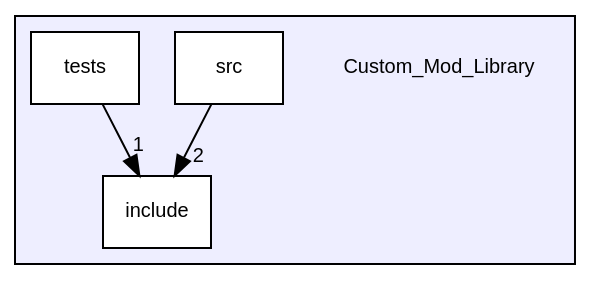
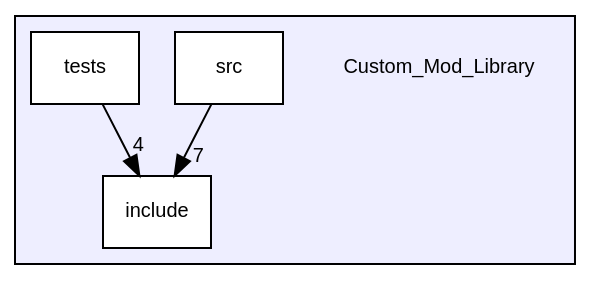
One commit to ejagombar/2021_Group_3 changed the diagram in dir_3d791e5d7456dbf61f6d7b678dfd72f4_dep.dot. Above: the diagram before and after it, drawn with Graphviz. The commit also changed 56 other files, not shown here.

```diff
--- a/dir_3d791e5d7456dbf61f6d7b678dfd72f4_dep.dot
+++ b/dir_3d791e5d7456dbf61f6d7b678dfd72f4_dep.dot
@@ -1,15 +1,15 @@
 digraph "/home/runner/work/2021_Group_3/2021_Group_3/Custom_Mod_Library" {
   bgcolor=transparent;
   compound=true
   node [ fontsize="10", fontname="Helvetica"];
   edge [ labelfontsize="10", labelfontname="Helvetica"];
   subgraph clusterdir_3d791e5d7456dbf61f6d7b678dfd72f4 {
     graph [ bgcolor="#eeeeff", pencolor="black", label="" URL="dir_3d791e5d7456dbf61f6d7b678dfd72f4.html"];
     dir_3d791e5d7456dbf61f6d7b678dfd72f4 [shape=plaintext label="Custom_Mod_Library"];
     dir_f5c7eabd21a874ae9d109060d168a55c [shape=box label="include" color="black" fillcolor="white" style="filled" URL="dir_f5c7eabd21a874ae9d109060d168a55c.html"];
     dir_cbd26f7b0946528e265beb2513fbf397 [shape=box label="src" color="black" fillcolor="white" style="filled" URL="dir_cbd26f7b0946528e265beb2513fbf397.html"];
     dir_812f6d6e07ea60e21fdef9b4c803a47a [shape=box label="tests" color="black" fillcolor="white" style="filled" URL="dir_812f6d6e07ea60e21fdef9b4c803a47a.html"];
   }
-  dir_812f6d6e07ea60e21fdef9b4c803a47a->dir_f5c7eabd21a874ae9d109060d168a55c [headlabel="1", labeldistance=1.5 headhref="dir_000003_000001.html"];
-  dir_cbd26f7b0946528e265beb2513fbf397->dir_f5c7eabd21a874ae9d109060d168a55c [headlabel="2", labeldistance=1.5 headhref="dir_000002_000001.html"];
+  dir_812f6d6e07ea60e21fdef9b4c803a47a->dir_f5c7eabd21a874ae9d109060d168a55c [headlabel="4", labeldistance=1.5 headhref="dir_000003_000001.html"];
+  dir_cbd26f7b0946528e265beb2513fbf397->dir_f5c7eabd21a874ae9d109060d168a55c [headlabel="7", labeldistance=1.5 headhref="dir_000002_000001.html"];
 }
```
